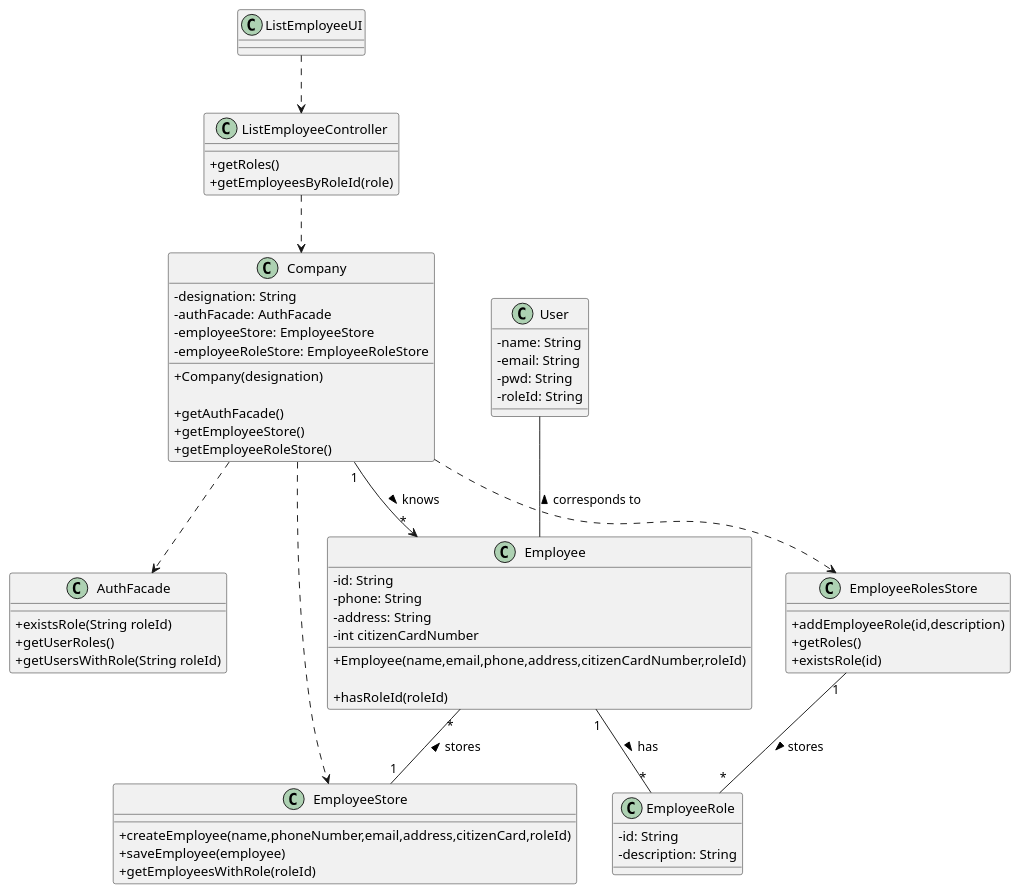
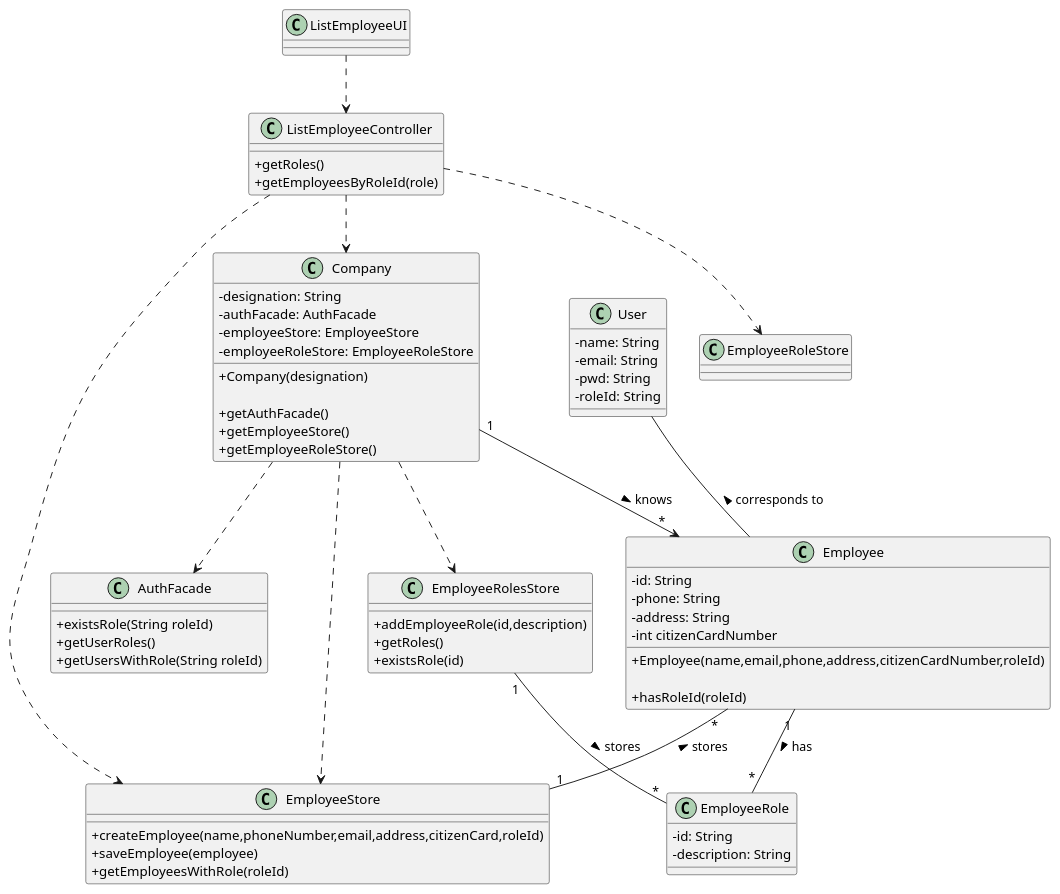
Before and after one commit to miseEnPlace-i/lapr2: the diagram in docs/SprintB/US11/CD/US11_CD.puml, drawn with PlantUML. The commit also changed 1 other file, not shown here.

Commit message:
docs(SD): added controller to store relations

```diff
--- a/docs/SprintB/US11/CD/US11_CD.puml
+++ b/docs/SprintB/US11/CD/US11_CD.puml
@@ -1,79 +1,82 @@
 @startuml
 skinparam classAttributeIconSize 0
 
 class User {
   -name: String
   -email: String
   -pwd: String
   -roleId: String
 }
 
 class Employee {
   -id: String
   -phone: String
   -address: String
   -int citizenCardNumber
   
   +Employee(name,email,phone,address,citizenCardNumber,roleId)
 
   +hasRoleId(roleId)
 }
 
 class Company {
   -designation: String
   -authFacade: AuthFacade
   -employeeStore: EmployeeStore
   -employeeRoleStore: EmployeeRoleStore
   
   +Company(designation)
 
   +getAuthFacade()
   +getEmployeeStore()
   +getEmployeeRoleStore()
 }
 
 class AuthFacade {
   +existsRole(String roleId)
   +getUserRoles()
   +getUsersWithRole(String roleId)
 }
 
 class EmployeeStore {
   +createEmployee(name,phoneNumber,email,address,citizenCard,roleId)
   +saveEmployee(employee)
   +getEmployeesWithRole(roleId)
 }
 
 class ListEmployeeController {
   +getRoles()
   +getEmployeesByRoleId(role)
 }
 
 class EmployeeRole {
   -id: String
   -description: String
 }
 
 class ListEmployeeUI {}
 
 class EmployeeRolesStore {
   +addEmployeeRole(id,description)
   +getRoles()
   +existsRole(id)
 }
 
 ListEmployeeUI ..> ListEmployeeController
 ListEmployeeController ..> Company
 
 Company ..> AuthFacade
 Company ..> EmployeeStore
 Employee "*" -- "1" EmployeeStore : stores <
 Company "1" --> "*" Employee : knows >
 
 EmployeeRolesStore "1" -- "*" EmployeeRole : stores >
 Company ..> EmployeeRolesStore
 Employee "1" -- "*" EmployeeRole : has >
 
+ListEmployeeController ..> EmployeeStore
+ListEmployeeController ..> EmployeeRoleStore
+
 User -- Employee : corresponds to <
 
 @enduml
```
